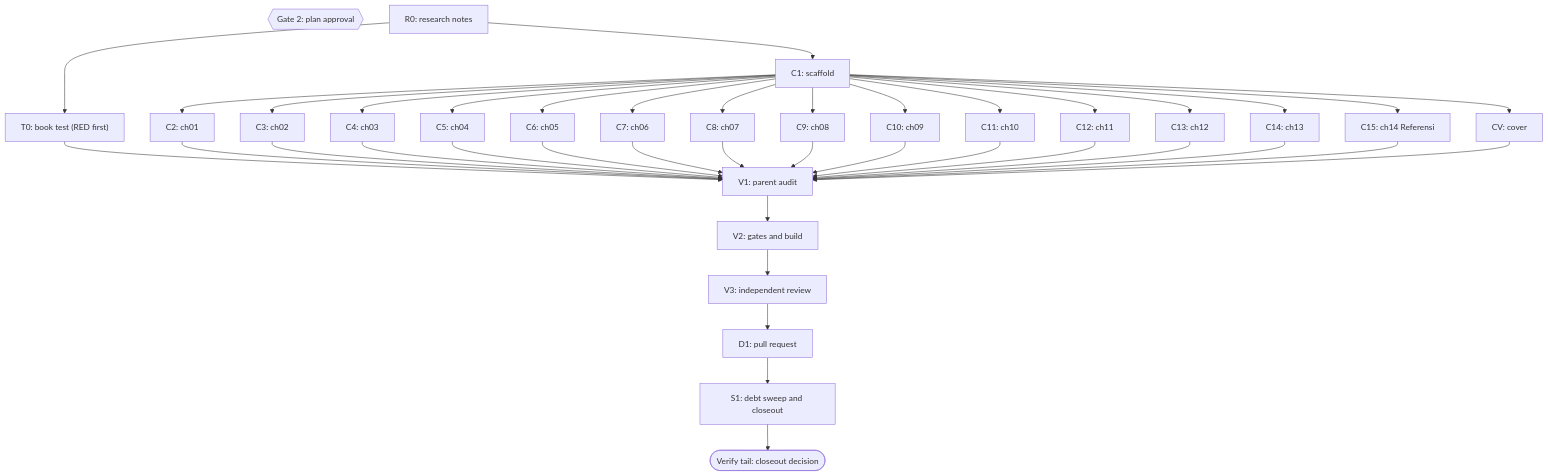
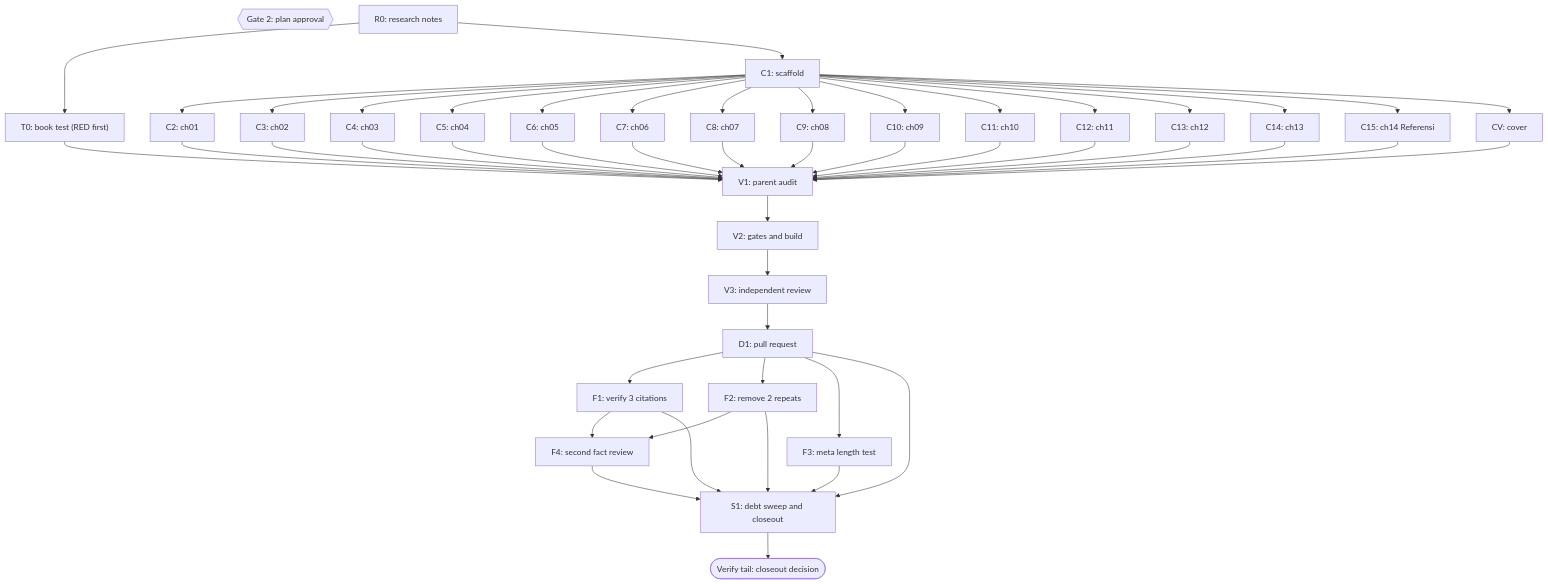
One commit to belajarcarabelajar/dawnbook changed the diagram in docs/code-plan/plans/2026-10-23-dawnbook-harvest-moon.md. Above: the diagram before and after it, drawn with Mermaid. The commit also changed other lines of this file and 13 other files, not shown here.

````diff
--- a/docs/code-plan/plans/2026-10-23-dawnbook-harvest-moon.md
+++ b/docs/code-plan/plans/2026-10-23-dawnbook-harvest-moon.md
@@ -262,44 +297,53 @@
 ```mermaid
 flowchart TD
     accTitle: Book authoring plan for Pelajaran Hidup dari Harvest Moon Back to Nature
     accDescr: Research notes feed the book test and the scaffold; the scaffold feeds fourteen parallel chapter tasks and the cover, which converge on the parent audit, the gates, an independent review, the pull request and the debt sweep.
     G2{{"Gate 2: plan approval"}}
     R0["R0: research notes"] --> T0["T0: book test (RED first)"]
     R0 --> C1["C1: scaffold"]
     C1 --> C2["C2: ch01"]
     C1 --> C3["C3: ch02"]
     C1 --> C4["C4: ch03"]
     C1 --> C5["C5: ch04"]
     C1 --> C6["C6: ch05"]
     C1 --> C7["C7: ch06"]
     C1 --> C8["C8: ch07"]
     C1 --> C9["C9: ch08"]
     C1 --> C10["C10: ch09"]
     C1 --> C11["C11: ch10"]
     C1 --> C12["C12: ch11"]
     C1 --> C13["C13: ch12"]
     C1 --> C14["C14: ch13"]
     C1 --> C15["C15: ch14 Referensi"]
     C1 --> CV["CV: cover"]
     T0 --> V1["V1: parent audit"]
     C2 --> V1
     C3 --> V1
     C4 --> V1
     C5 --> V1
     C6 --> V1
     C7 --> V1
     C8 --> V1
     C9 --> V1
     C10 --> V1
     C11 --> V1
     C12 --> V1
     C13 --> V1
     C14 --> V1
     C15 --> V1
     CV --> V1
     V1 --> V2["V2: gates and build"]
     V2 --> V3["V3: independent review"]
     V3 --> D1["D1: pull request"]
+    D1 --> F1["F1: verify 3 citations"]
+    D1 --> F2["F2: remove 2 repeats"]
+    D1 --> F3["F3: meta length test"]
+    F1 --> F4["F4: second fact review"]
+    F2 --> F4
     D1 --> S1["S1: debt sweep and closeout"]
+    F1 --> S1
+    F2 --> S1
+    F3 --> S1
+    F4 --> S1
     S1 --> DONE(["Verify tail: closeout decision"])
 ```
````
